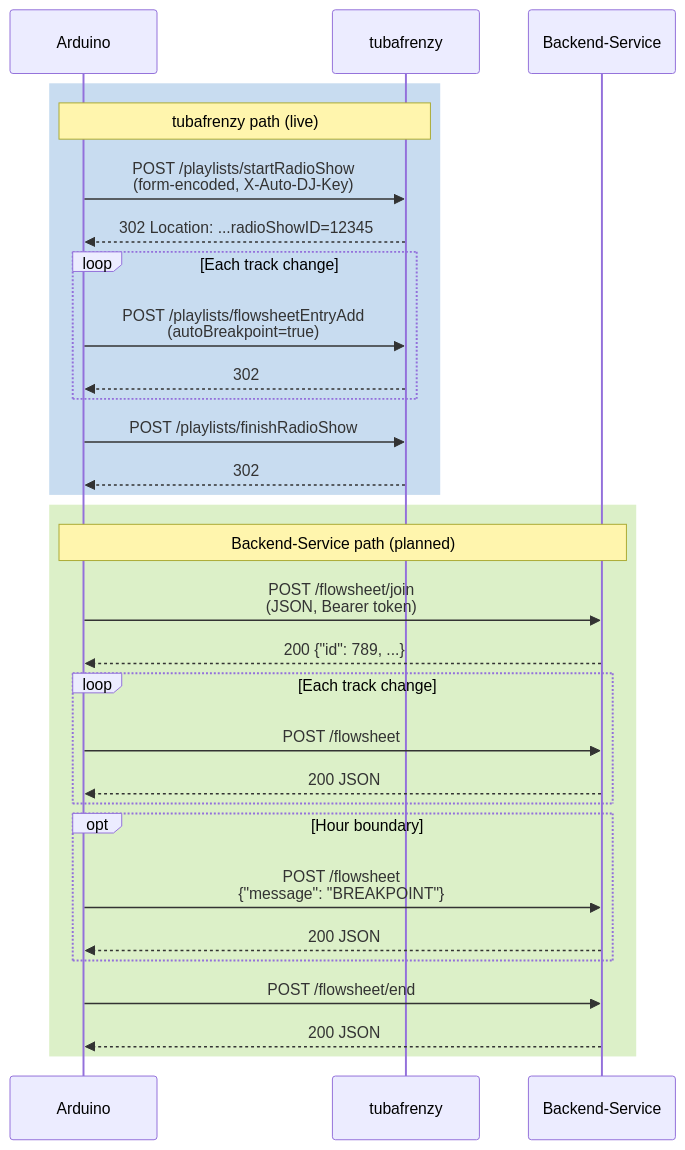
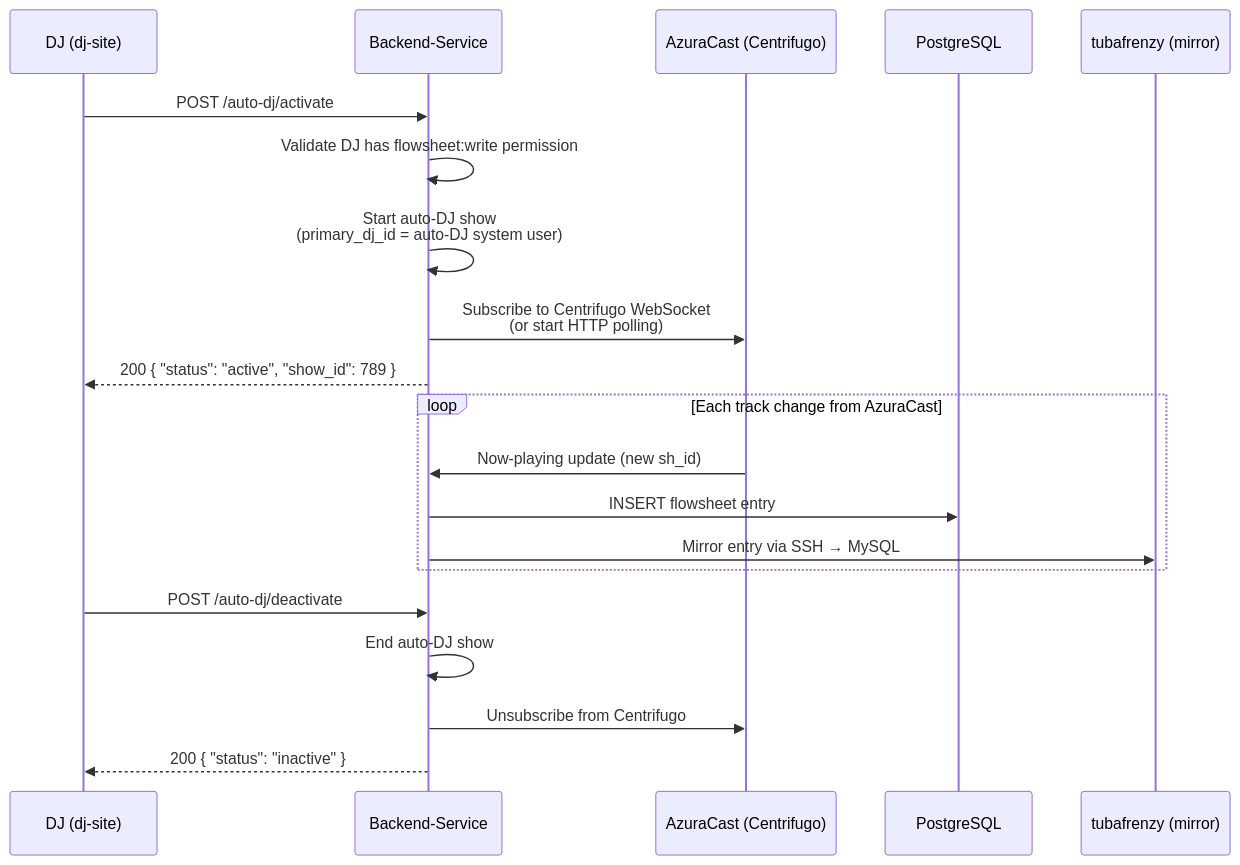
One commit to WXYC/auto-dj-arduino-switch changed the second of 15 diagrams in docs/networking-spec.md. Above: the diagram before and after it, drawn with Mermaid. The commit also changed other lines of this file, not shown here.

First line of the commit message:
Revise networking-spec.md to reflect architecture pivot

````diff
--- a/docs/networking-spec.md
+++ b/docs/networking-spec.md
@@ -480,39 +118,25 @@
 ```mermaid
 sequenceDiagram
-    participant Arduino
-    participant TF as tubafrenzy
+    participant DJ as DJ (dj-site)
     participant BS as Backend-Service
+    participant AZ as AzuraCast (Centrifugo)
+    participant PG as PostgreSQL
+    participant TF as tubafrenzy (mirror)
 
-    rect rgb(200, 220, 240)
-    Note over Arduino,TF: tubafrenzy path (live)
-    Arduino->>TF: POST /playlists/startRadioShow<br/>(form-encoded, X-Auto-DJ-Key)
-    TF-->>Arduino: 302 Location: ...radioShowID=12345
+    DJ->>BS: POST /auto-dj/activate
+    BS->>BS: Validate DJ has flowsheet:write permission
+    BS->>BS: Start auto-DJ show<br>(primary_dj_id = auto-DJ system user)
+    BS->>AZ: Subscribe to Centrifugo WebSocket<br>(or start HTTP polling)
+    BS-->>DJ: 200 { "status": "active", "show_id": 789 }
 
-    loop Each track change
-        Arduino->>TF: POST /playlists/flowsheetEntryAdd<br/>(autoBreakpoint=true)
-        TF-->>Arduino: 302
+    loop Each track change from AzuraCast
+        AZ->>BS: Now-playing update (new sh_id)
+        BS->>PG: INSERT flowsheet entry
+        BS->>TF: Mirror entry via SSH → MySQL
     end
 
-    Arduino->>TF: POST /playlists/finishRadioShow
-    TF-->>Arduino: 302
-    end
-
-    rect rgb(220, 240, 200)
-    Note over Arduino,BS: Backend-Service path (planned)
-    Arduino->>BS: POST /flowsheet/join<br/>(JSON, Bearer token)
-    BS-->>Arduino: 200 {"id": 789, ...}
-
-    loop Each track change
-        Arduino->>BS: POST /flowsheet
-        BS-->>Arduino: 200 JSON
-    end
-
-    opt Hour boundary
-        Arduino->>BS: POST /flowsheet<br/>{"message": "BREAKPOINT"}
-        BS-->>Arduino: 200 JSON
-    end
-
-    Arduino->>BS: POST /flowsheet/end
-    BS-->>Arduino: 200 JSON
-    end
+    DJ->>BS: POST /auto-dj/deactivate
+    BS->>BS: End auto-DJ show
+    BS->>AZ: Unsubscribe from Centrifugo
+    BS-->>DJ: 200 { "status": "inactive" }
 ```
````
